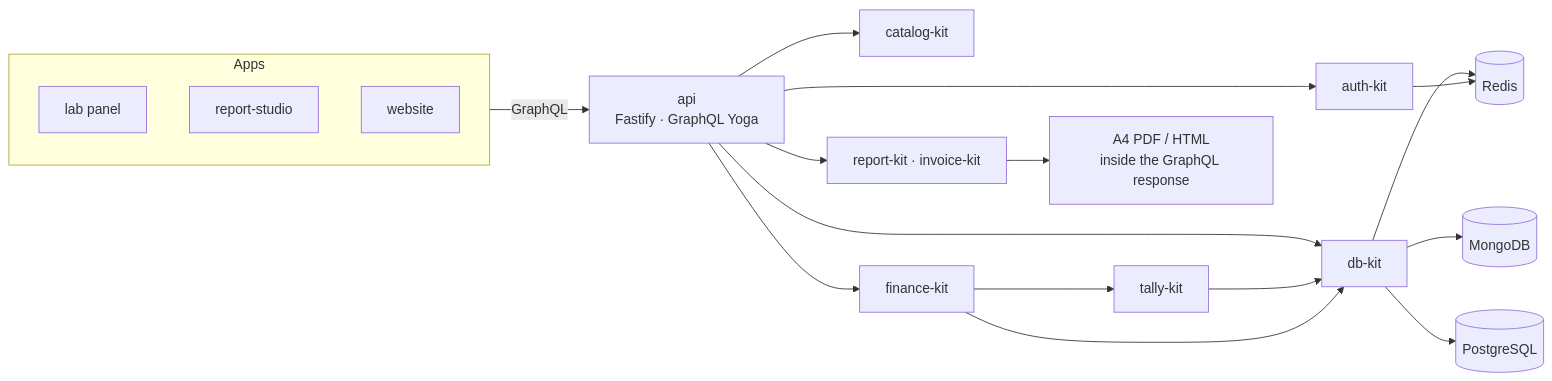
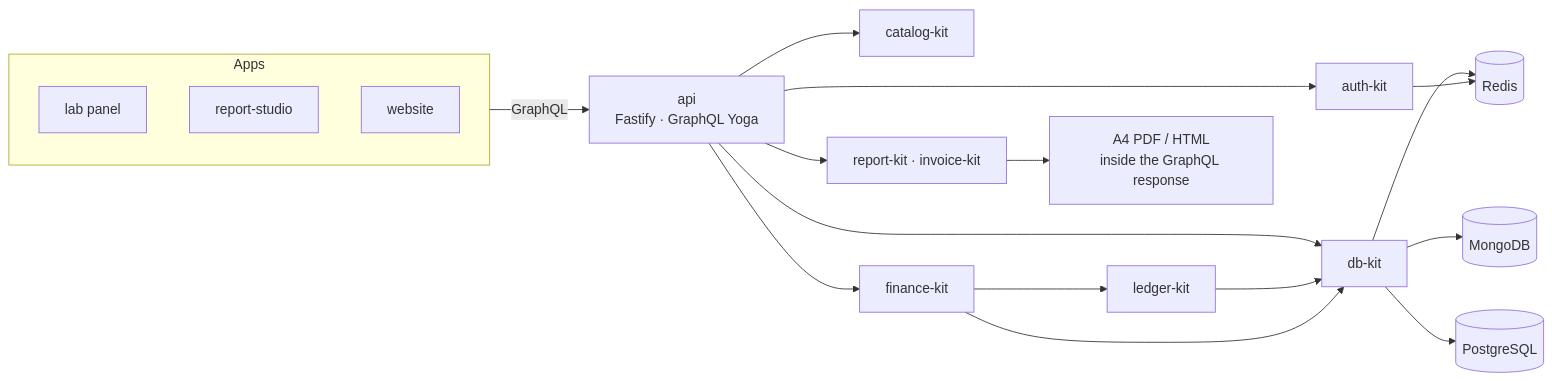
Before and after one commit to mgpl-diagnostics/.github: the diagram in profile/README.md, drawn with Mermaid. The commit also changed other lines of this file and 3 other files, not shown here.

First line of the commit message:
chore: tally-kit → ledger-kit (#13)

````diff
--- a/profile/README.md
+++ b/profile/README.md
@@ -131,22 +131,22 @@
 ```mermaid
 flowchart LR
   subgraph Apps
     P[lab panel]
     S[report-studio]
     W[website]
   end
   Apps -->|"GraphQL"| API["api<br/>Fastify · GraphQL Yoga"]
   API --> AUTH[auth-kit]
   API --> DB[db-kit]
   API --> CAT[catalog-kit]
   API --> RND["report-kit · invoice-kit"]
   API --> FIN[finance-kit]
-  FIN --> BOOKS[tally-kit]
+  FIN --> BOOKS[ledger-kit]
   BOOKS --> DB
   FIN --> DB
   DB --> M[(MongoDB)]
   DB --> PG[(PostgreSQL)]
   DB --> R[(Redis)]
   AUTH --> R
   RND --> PDF["A4 PDF / HTML<br/>inside the GraphQL response"]
 ```
````
